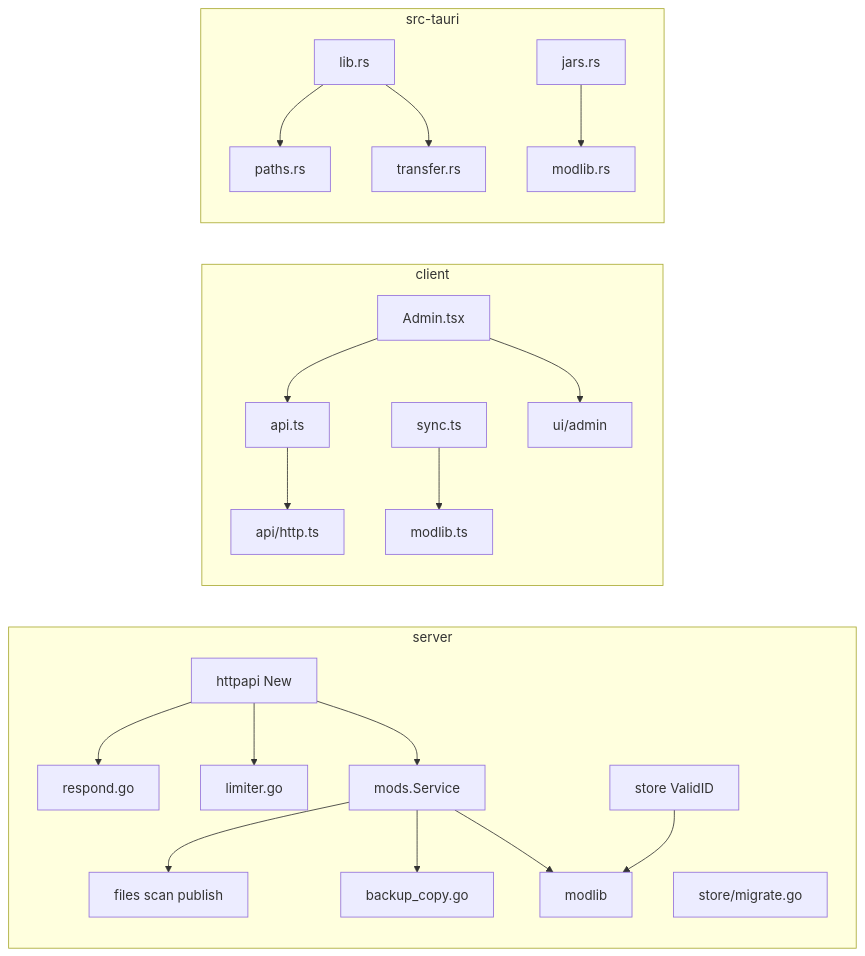
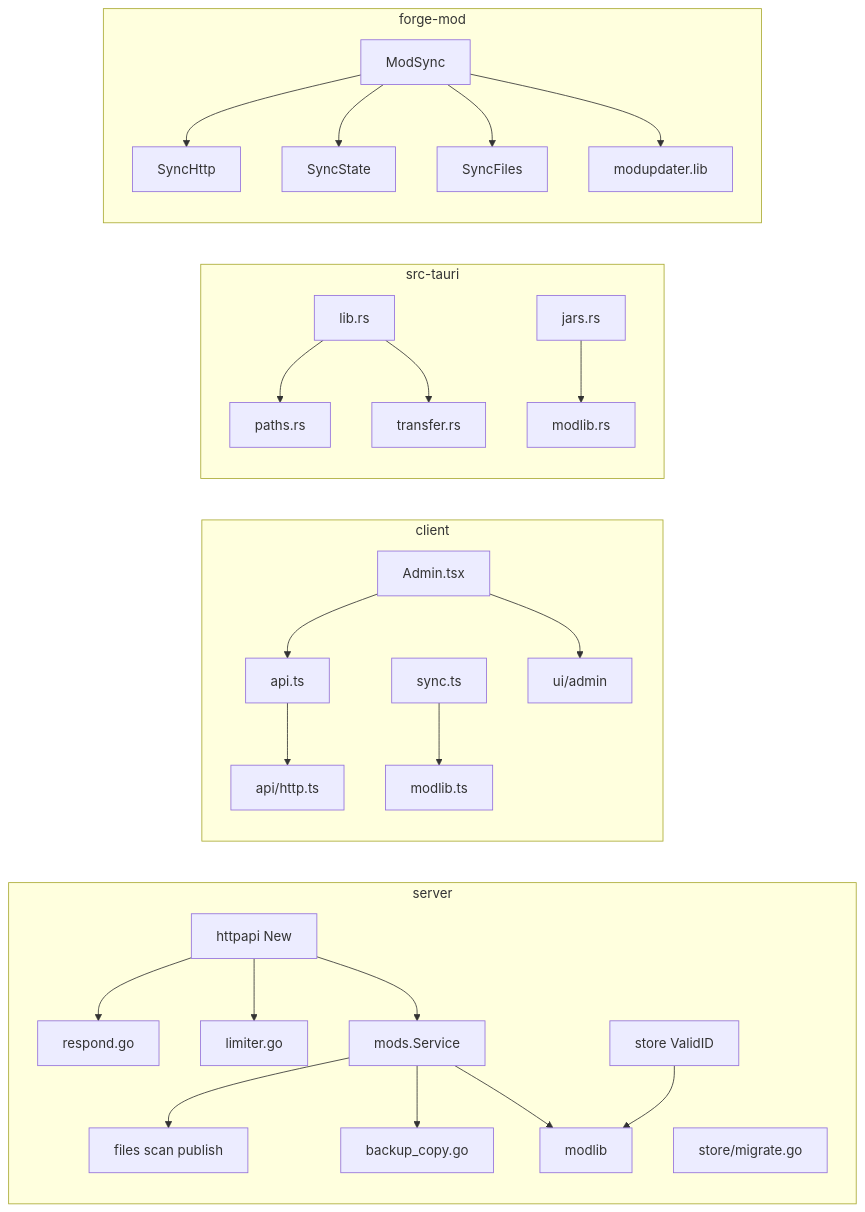
The second of 2 diagrams in README.md (mallvielfrass/modUpdater), drawn with Mermaid before and after one commit. The commit also changed other lines of this file and 10 other files, not shown here.

Commit message:
Разрезать ModSync на HTTP, состояние, файлы и modupdater.lib, оставив фасад run, inspect и update.

````diff
--- a/README.md
+++ b/README.md
@@ -205,43 +211,54 @@
 ```mermaid
 flowchart LR
   subgraph srv [server]
     Http[httpapi New]
     Respond[respond.go]
     Limit[limiter.go]
     Mods[mods.Service]
     Files[files scan publish]
     Copy[backup_copy.go]
     Store[store ValidID]
     Migrate[store/migrate.go]
     ModlibGo[modlib]
     Http --> Respond
     Http --> Limit
     Http --> Mods
     Mods --> Files
     Mods --> Copy
     Mods --> ModlibGo
     Store --> ModlibGo
   end
   subgraph ui [client]
     ApiTs[api.ts]
     HttpTs[api/http.ts]
     Sync[sync.ts]
     ModlibTs[modlib.ts]
     Admin[Admin.tsx]
     Tabs[ui/admin]
     ApiTs --> HttpTs
     Sync --> ModlibTs
     Admin --> Tabs
     Admin --> ApiTs
   end
   subgraph rust [src-tauri]
     LibRs[lib.rs]
     Paths[paths.rs]
     Transfer[transfer.rs]
     Jars[jars.rs]
     ModlibRs[modlib.rs]
     LibRs --> Paths
     LibRs --> Transfer
     Jars --> ModlibRs
   end
+  subgraph forge [forge-mod]
+    ModSync[ModSync]
+    SyncHttp[SyncHttp]
+    SyncState[SyncState]
+    SyncFiles[SyncFiles]
+    LibJava[modupdater.lib]
+    ModSync --> SyncHttp
+    ModSync --> SyncState
+    ModSync --> SyncFiles
+    ModSync --> LibJava
+  end
 ```
````
